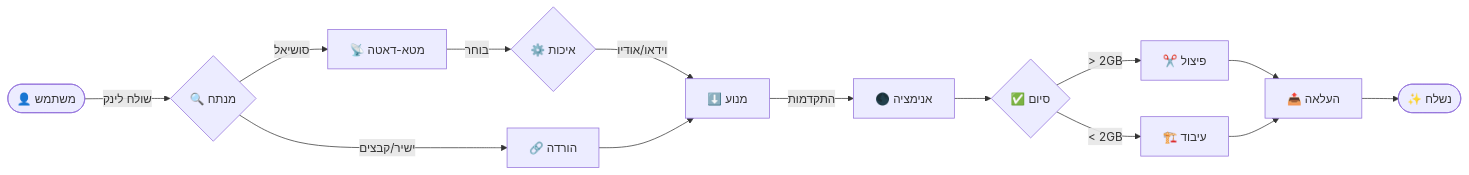
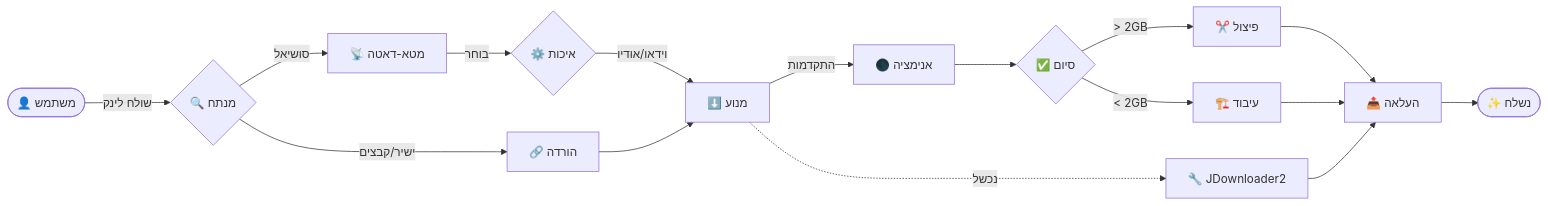
One commit to Omer-Dahan/Media-Downloader-Bot changed the diagram in README-he.md. Above: the diagram before and after it, drawn with Mermaid. The commit also changed other lines of this file and 12 other files, not shown here.

Commit message:
feat: Implement initial bot structure with JDownloader download engine, configuration, and administration modules.

````diff
--- a/README-he.md
+++ b/README-he.md
@@ -67,22 +70,25 @@
 ```mermaid
 graph LR
     User([👤 משתמש]) -->|שולח לינק| Start{🔍 מנתח}
     
     Start -->|סושיאל| Fetch[📡 מטא-דאטה]
     Start -->|ישיר/קבצים| Direct[🔗 הורדה]
     
     Fetch -->|בוחר| Options{⚙️ איכות}
     Options -->|וידאו/אודיו| Engine[⬇️ מנוע]
     
     Direct --> Engine
     
     Engine -->|התקדמות| Moon[🌑 אנימציה]
     Moon --> Done{✅ סיום}
     
     Done -->|> 2GB| Split[✂️ פיצול]
     Done -->|< 2GB| Proc[🏗️ עיבוד]
     
     Split & Proc --> Upload[📤 העלאה]
     
     Upload --> Fin([✨ נשלח])
+
+    Engine -.->|נכשל| JD[🔧 JDownloader2]
+    JD --> Upload
 ```
````
